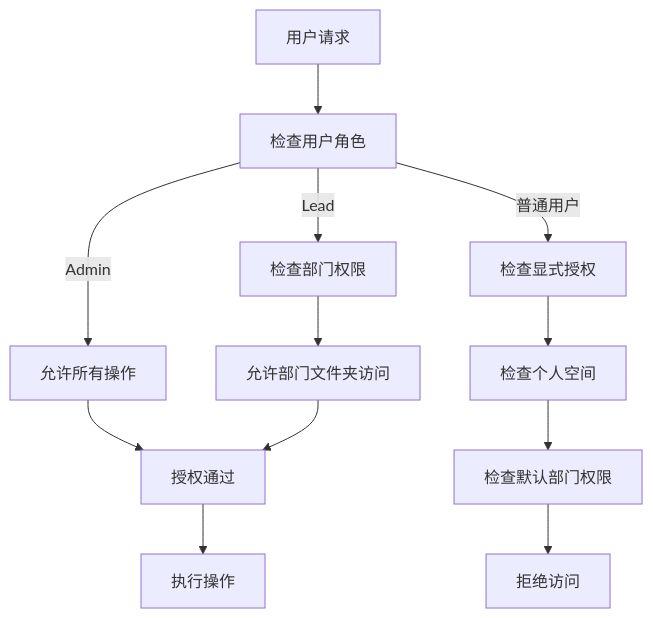
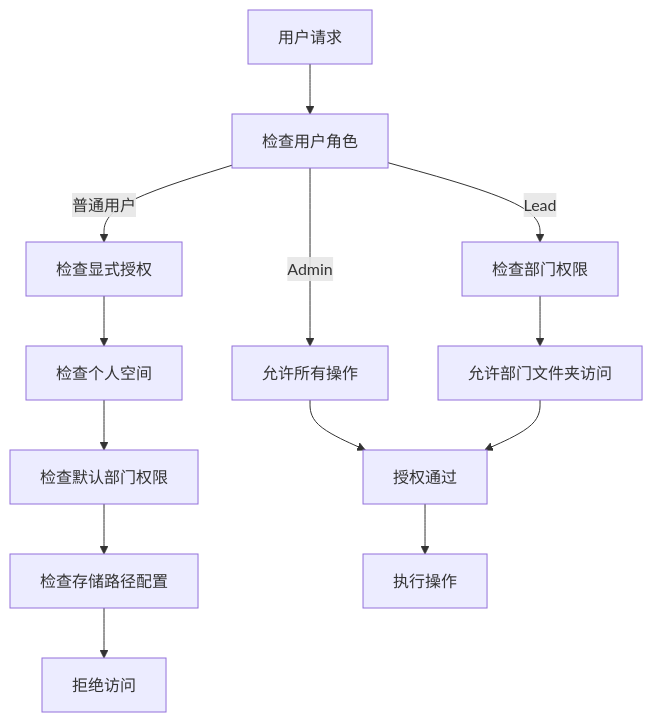
Before and after one commit to CubeEdge/Longhorn: the ninth of 10 diagrams in .qoder/repowiki/zh/content/文件管理系统/文件管理系统.md, drawn with Mermaid. The commit also changed other lines of this file and 26 other files, not shown here.

````diff
--- a/.qoder/repowiki/zh/content/文件管理系统/文件管理系统.md
+++ b/.qoder/repowiki/zh/content/文件管理系统/文件管理系统.md
@@ -489,14 +564,15 @@
 ```mermaid
 flowchart TD
 User["用户请求"] --> CheckRole["检查用户角色"]
 CheckRole --> |Admin| AllowAll["允许所有操作"]
 CheckRole --> |Lead| CheckDept["检查部门权限"]
 CheckDept --> AllowDept["允许部门文件夹访问"]
 CheckRole --> |普通用户| CheckExplicit["检查显式授权"]
 CheckExplicit --> CheckPersonal["检查个人空间"]
 CheckPersonal --> CheckDefault["检查默认部门权限"]
-CheckDefault --> Deny["拒绝访问"]
+CheckDefault --> CheckStorage["检查存储路径配置"]
+CheckStorage --> Deny["拒绝访问"]
 AllowAll --> Success["授权通过"]
 AllowDept --> Success
 Success --> End["执行操作"]
 ```
````
